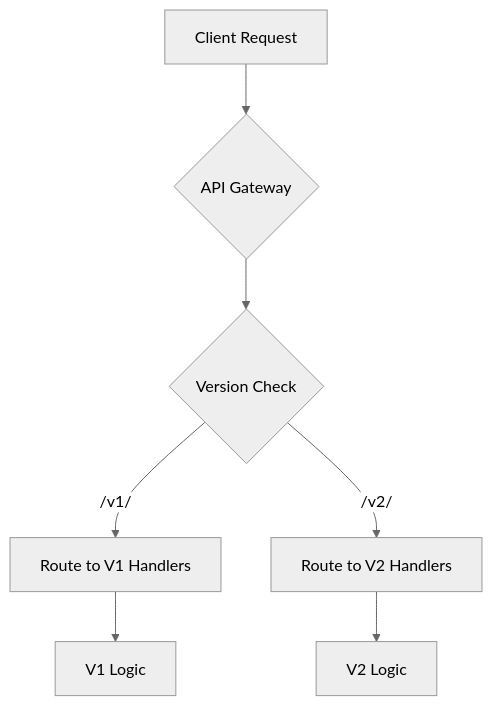
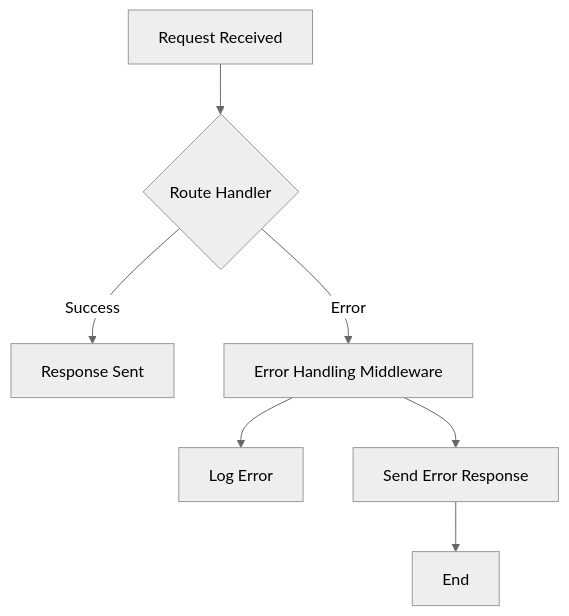
One commit to devbh04/testing changed the ninth of 9 diagrams in README.md. Above: the diagram before and after it, drawn with Mermaid (neutral theme). The commit also changed other lines of this file, not shown here.

````diff
--- a/README.md
+++ b/README.md
@@ -1212,9 +1301,9 @@
 ```mermaid
 flowchart TD
-    A["Client Request"] --> B{API Gateway}
-    B --> C{Version Check}
-    C -- "/v1/" --> D["Route to V1 Handlers"]
-    C -- "/v2/" --> E["Route to V2 Handlers"]
-    D --> F["V1 Logic"]
-    E --> G["V2 Logic"]
+    A[Request Received] --> B{Route Handler};
+    B -- Success --> C[Response Sent];
+    B -- Error --> D[Error Handling Middleware];
+    D --> E[Log Error];
+    D --> F[Send Error Response];
+    F --> G[End];
 ```
````
